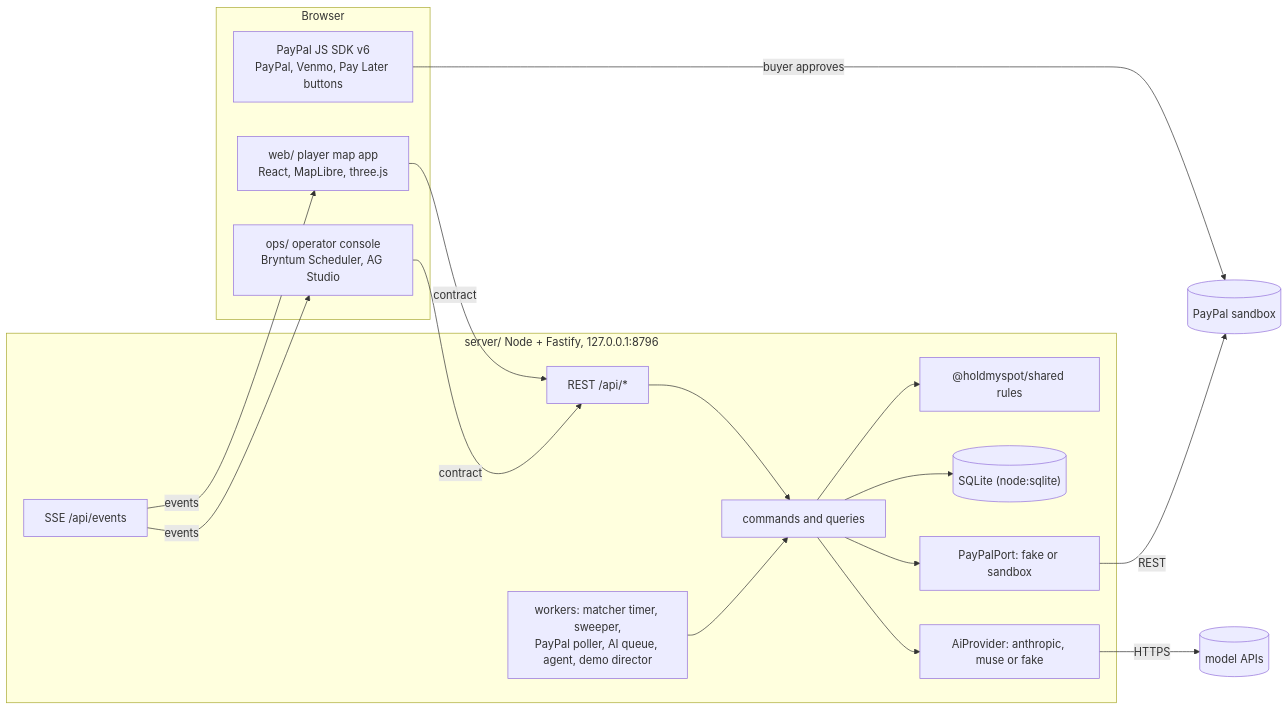
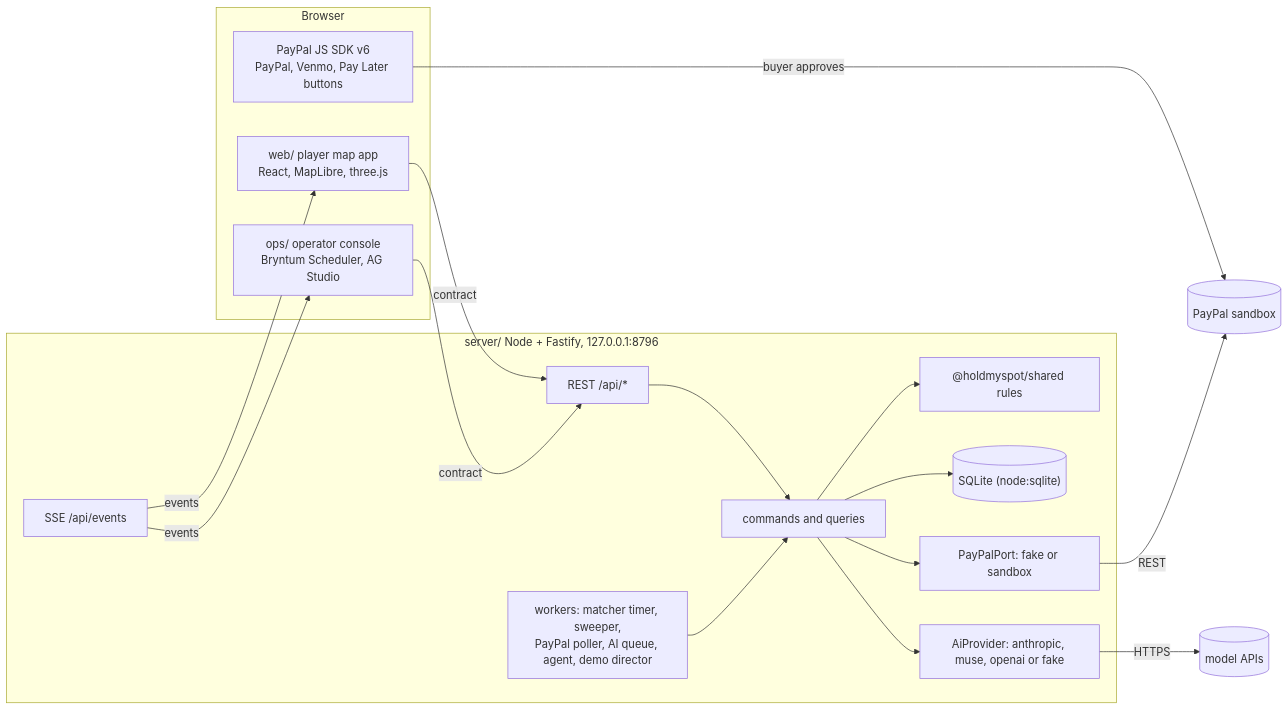
Before and after one commit to eric2612115/HoldMySpot: the diagram in docs/ARCHITECTURE.md, drawn with Mermaid. The commit also changed other lines of this file and 281 other files, not shown here.

First line of the commit message:
Real PayPal sandbox, v6 buttons, queuer flow, order book, judge path

````diff
--- a/docs/ARCHITECTURE.md
+++ b/docs/ARCHITECTURE.md
@@ -15,28 +15,28 @@
 ```mermaid
 flowchart LR
   subgraph Browser
     W["web/ player map app<br/>React, MapLibre, three.js"]
     O["ops/ operator console<br/>Bryntum Scheduler, AG Studio"]
     SDK["PayPal JS SDK v6<br/>PayPal, Venmo, Pay Later buttons"]
   end
   subgraph S["server/ Node + Fastify, 127.0.0.1:8796"]
     API["REST /api/*"]
     EV["SSE /api/events"]
     APP["commands and queries"]
     RULES["@holdmyspot/shared rules"]
     DB[("SQLite (node:sqlite)")]
     PP["PayPalPort: fake or sandbox"]
-    AIP["AiProvider: anthropic, muse or fake"]
+    AIP["AiProvider: anthropic, muse, openai or fake"]
     WK["workers: matcher timer, sweeper,<br/>PayPal poller, AI queue, agent, demo director"]
   end
   W -->|contract| API
   O -->|contract| API
   EV -->|events| W
   EV -->|events| O
   SDK -->|buyer approves| PAYPAL[("PayPal sandbox")]
   API --> APP --> RULES
   APP --> DB
   APP --> PP -->|REST| PAYPAL
   APP --> AIP -->|HTTPS| MODELS[("model APIs")]
   WK --> APP
 ```
````
